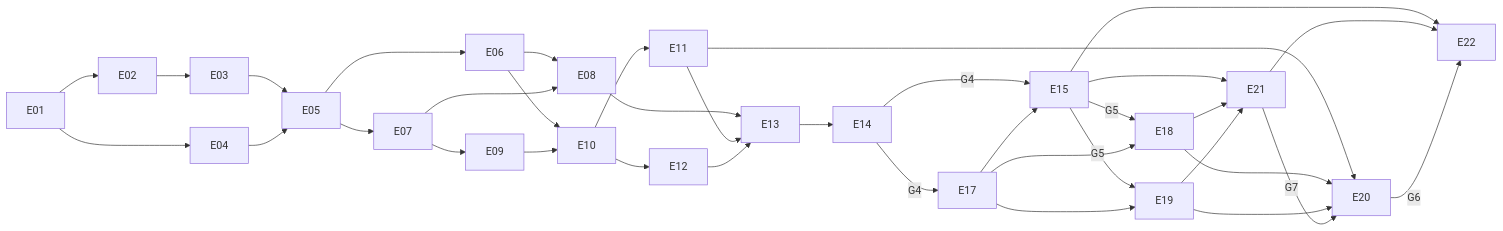
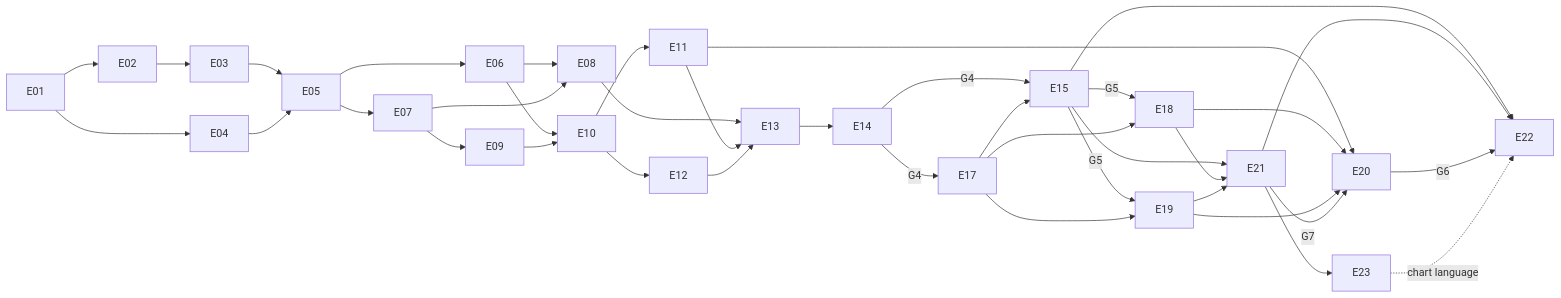
Before and after one commit to KaanEmec/vitamux: the diagram in docs/plan/README.md, drawn with Mermaid. The commit also changed other lines of this file and 10 other files, not shown here.

Commit message:
docs(plan): plan E23 charts and metric visualisation redesign

````diff
--- a/docs/plan/README.md
+++ b/docs/plan/README.md
@@ -48,20 +49,21 @@
 ```mermaid
 flowchart LR
   E01 --> E02 --> E03 --> E05
   E01 --> E04 --> E05
   E05 --> E06 & E07
   E06 & E07 --> E08
   E07 --> E09
   E06 & E09 --> E10 --> E11
   E10 --> E12
   E08 & E11 & E12 --> E13 --> E14
   E14 -->|G4| E15 -->|G5| E18 & E19
   E14 -->|G4| E17 --> E15
   E17 --> E18 & E19
   E11 --> E20
   E18 & E19 --> E20
   E15 & E18 & E19 --> E21
   E21 -->|G7| E20
   E15 & E21 --> E22
   E20 -->|G6| E22
+  E21 --> E23 -.->|chart language| E22
 ```
````
